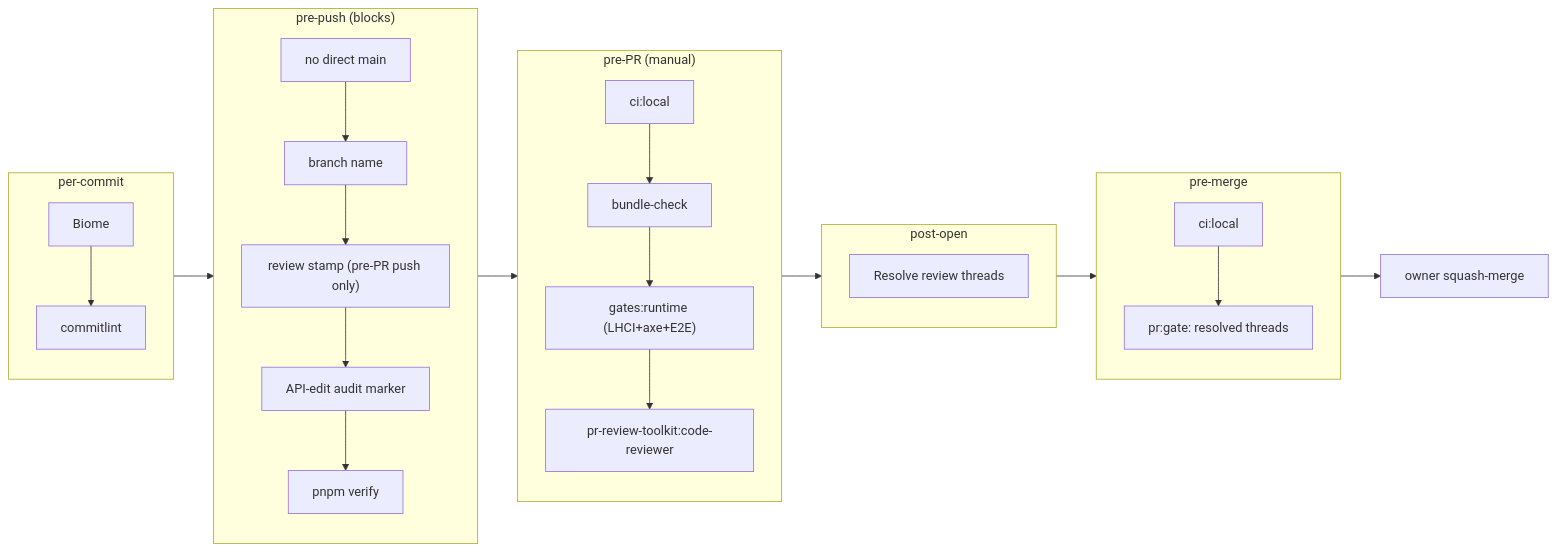
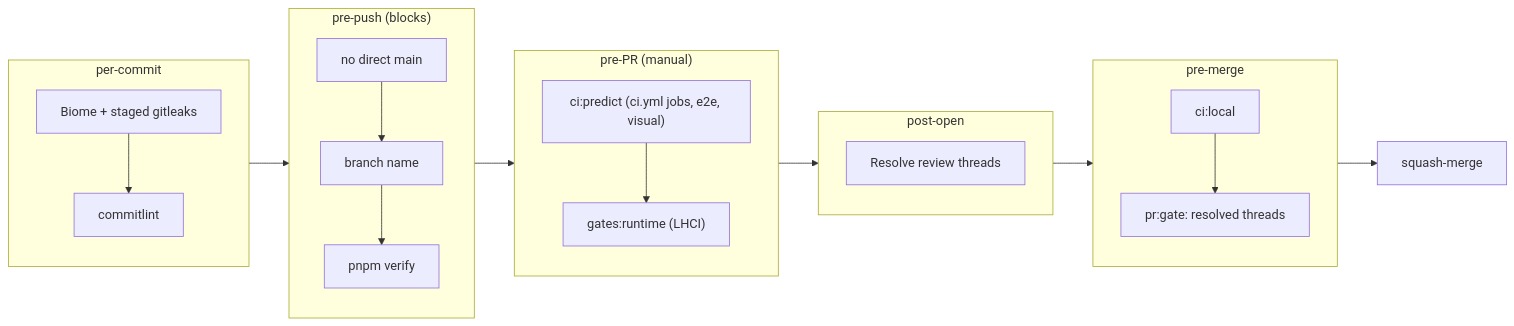
The second of 2 diagrams in docs/handbook/development-lifecycle.md (erikunha/portfolio), drawn with Mermaid before and after one commit. The commit also changed other lines of this file and 1307 other files, not shown here.

````diff
--- a/docs/handbook/development-lifecycle.md
+++ b/docs/handbook/development-lifecycle.md
@@ -69,19 +99,19 @@
 ```mermaid
 flowchart LR
     subgraph commit["per-commit"]
-        g1["Biome"] --> g2["commitlint"]
+        g1["Biome + staged gitleaks"] --> g2["commitlint"]
     end
     subgraph prepush["pre-push (blocks)"]
-        g3["no direct main"] --> g4["branch name"] --> g5["review stamp (pre-PR push only)"] --> g6["API-edit audit marker"] --> g7["pnpm verify"]
+        g3["no direct main"] --> g4["branch name"] --> g7["pnpm verify"]
     end
     subgraph prepr["pre-PR (manual)"]
-        g8["ci:local"] --> g9["bundle-check"] --> g11["gates:runtime (LHCI+axe+E2E)"] --> g12["pr-review-toolkit:code-reviewer"]
+        g8["ci:predict (ci.yml jobs, e2e, visual)"] --> g11["gates:runtime (LHCI)"]
     end
     subgraph open["post-open"]
         g13["Resolve review threads"]
     end
     subgraph premerge["pre-merge"]
         g15["ci:local"] --> g18["pr:gate: resolved threads"]
     end
-    commit --> prepush --> prepr --> open --> premerge --> merge["owner squash-merge"]
+    commit --> prepush --> prepr --> open --> premerge --> merge["squash-merge"]
 ```
````
